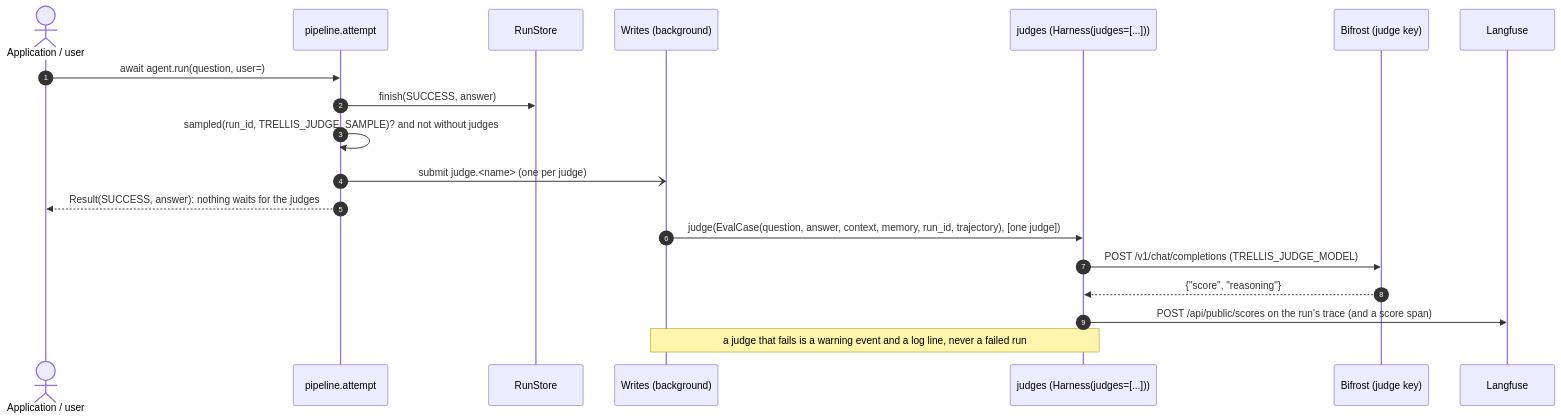
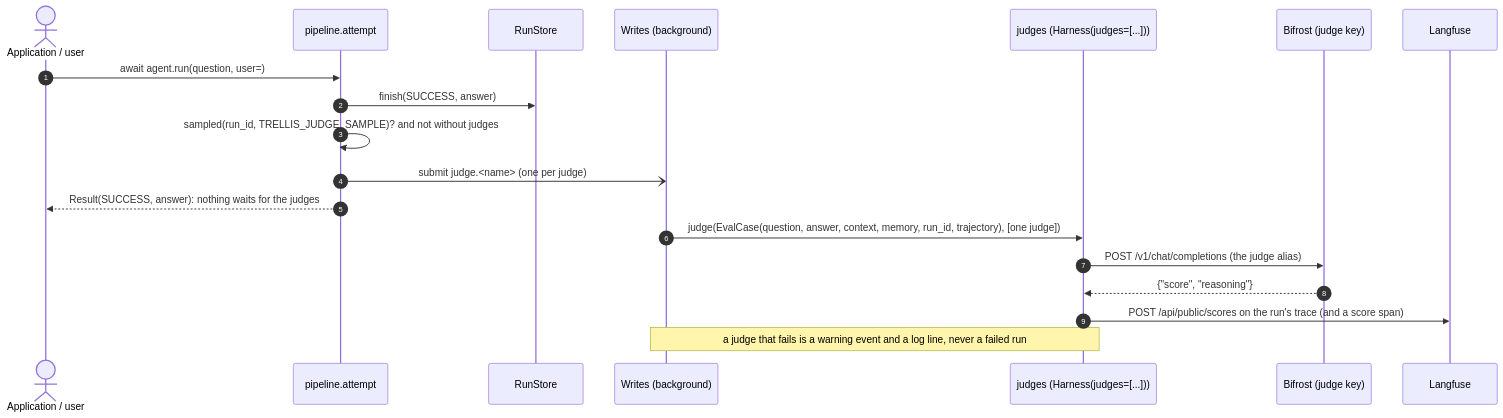
Diagram 12 of 14 in docs/flows.md (amitmohapatra/agent-harness), drawn with Mermaid before and after one commit. The commit also changed other lines of this file and 19 other files, not shown here.

First line of the commit message:
H6 and W5: Bifrost attribution, the judge alias, and traceparent on gateway calls

````diff
--- a/docs/flows.md
+++ b/docs/flows.md
@@ -501,22 +501,22 @@
 ```mermaid
 sequenceDiagram
   autonumber
   actor User as Application / user
   participant P as pipeline.attempt
   participant Runs as RunStore
   participant W as Writes (background)
   participant J as judges (Harness(judges=[...]))
   participant GW as Bifrost (judge key)
   participant LF as Langfuse
 
   User->>P: await agent.run(question, user=)
   P->>Runs: finish(SUCCESS, answer)
   P->>P: sampled(run_id, TRELLIS_JUDGE_SAMPLE)? and not without judges
   P-)W: submit judge.<name> (one per judge)
   P-->>User: Result(SUCCESS, answer): nothing waits for the judges
   W->>J: judge(EvalCase(question, answer, context, memory, run_id, trajectory), [one judge])
-  J->>GW: POST /v1/chat/completions (TRELLIS_JUDGE_MODEL)
+  J->>GW: POST /v1/chat/completions (the judge alias)
   GW-->>J: {"score", "reasoning"}
   J->>LF: POST /api/public/scores on the run's trace (and a score span)
   Note over W,J: a judge that fails is a warning event and a log line, never a failed run
 ```
````
